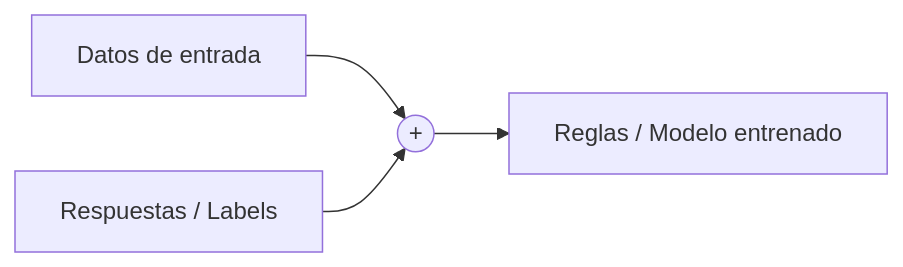
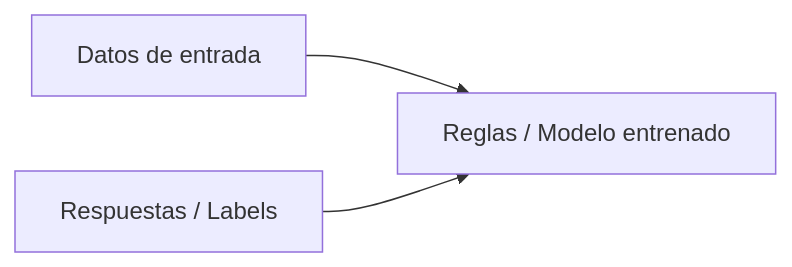
One commit to Javier-Perales/PRSI2 changed the second of 3 diagrams in content/sda1-paradigma-ia/Sprint 1.1 La era de los datos.md. Above: the diagram before and after it, drawn with Mermaid. The commit also changed other lines of this file and 1 other file, not shown here.

````diff
--- a/content/sda1-paradigma-ia/Sprint 1.1 La era de los datos.md
+++ b/content/sda1-paradigma-ia/Sprint 1.1 La era de los datos.md
@@ -227,6 +175,5 @@
 ```mermaid
 flowchart LR
-    A["Datos de entrada"] --> PLUS((+))
-    B["Respuestas / Labels"] --> PLUS
-    PLUS --> C["Reglas / Modelo entrenado"]
+    A["Datos de entrada"] --> C["Reglas / Modelo entrenado"];
+    B["Respuestas / Labels"] --> C;
 ```
````
